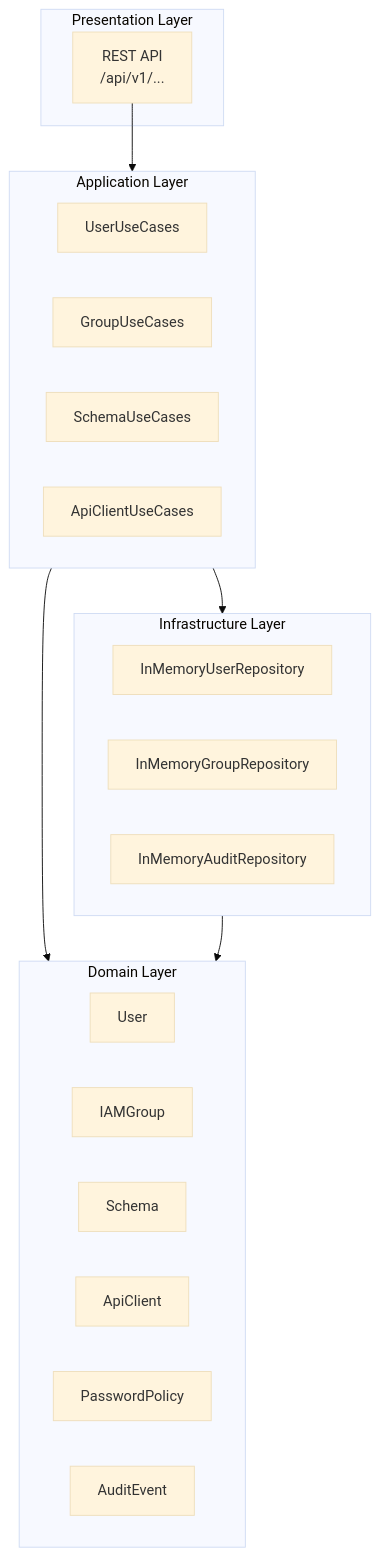
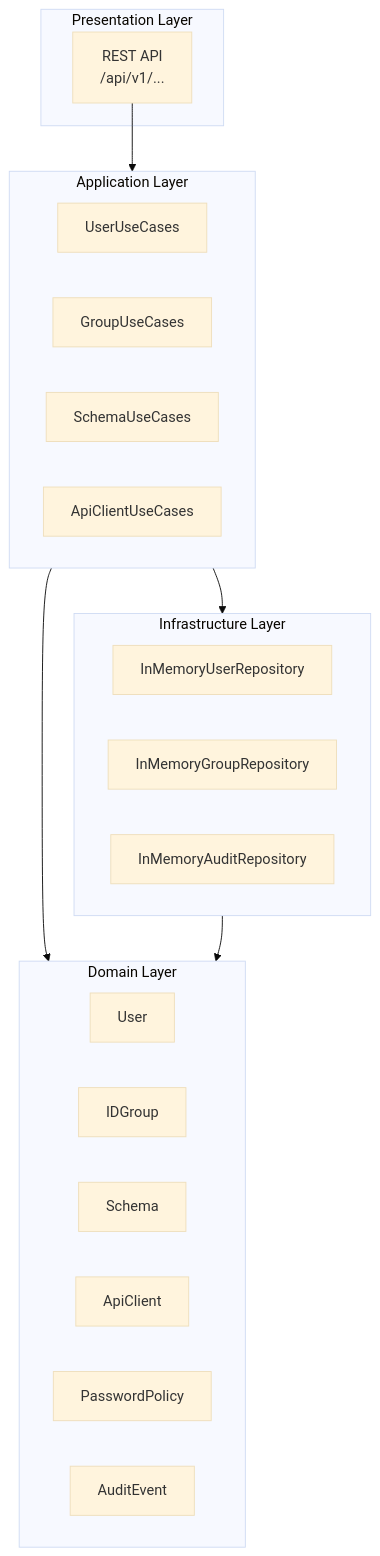
Before and after one commit to UIMSolutions/uim-platform: the second of 3 diagrams in identity-directory/docs/UML.md, drawn with Mermaid (base theme). The commit also changed other lines of this file and 35 other files, not shown here.

First line of the commit message:
Refactor IAMGroup to IDGroup across the identity-directory module

````diff
--- a/identity-directory/docs/UML.md
+++ b/identity-directory/docs/UML.md
@@ -57,30 +57,30 @@
 ```mermaid
 flowchart TB
     subgraph Presentation["Presentation Layer"]
         REST["REST API\n/api/v1/..."]
     end
     subgraph Application["Application Layer"]
         USER_UC["UserUseCases"]
         GROUP_UC["GroupUseCases"]
         SCHEMA_UC["SchemaUseCases"]
         CLIENT_UC["ApiClientUseCases"]
     end
     subgraph Domain["Domain Layer"]
         USER["User"]
-        GROUP["IAMGroup"]
+        GROUP["IDGroup"]
         SCHEMA["Schema"]
         CLIENT["ApiClient"]
         POLICY["PasswordPolicy"]
         AUDIT["AuditEvent"]
     end
     subgraph Infrastructure["Infrastructure Layer"]
         USER_REPO["InMemoryUserRepository"]
         GROUP_REPO["InMemoryGroupRepository"]
         AUDIT_REPO["InMemoryAuditRepository"]
     end
 
     REST --> Application
     Application --> Domain
     Infrastructure --> Domain
     Application --> Infrastructure
 ```
````
